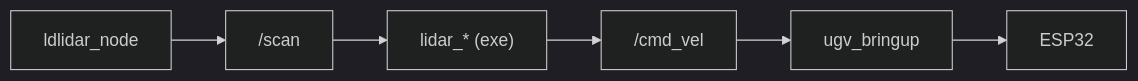
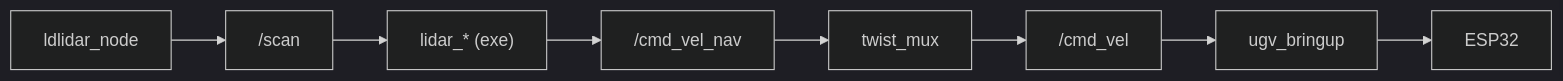
Before and after one commit to Coldaine/RobotOverview: the diagram in docs/lidar.md, drawn with Mermaid (dark theme). The commit also changed other lines of this file and 21 other files, not shown here.

First line of the commit message:
Fix review round 1 findings on the twist_mux safety spine

````diff
--- a/docs/lidar.md
+++ b/docs/lidar.md
@@ -75,11 +75,13 @@
 ```mermaid
 flowchart LR
   LIDAR[ldlidar_node]
   SC["/scan"]
   DEMO["lidar_* (exe)"]
+  NAV["/cmd_vel_nav"]
+  MUX[twist_mux]
   CV["/cmd_vel"]
   BR[ugv_bringup]
   ESP[ESP32]
 
-  LIDAR --> SC --> DEMO --> CV --> BR --> ESP
+  LIDAR --> SC --> DEMO --> NAV --> MUX --> CV --> BR --> ESP
 ```
````
